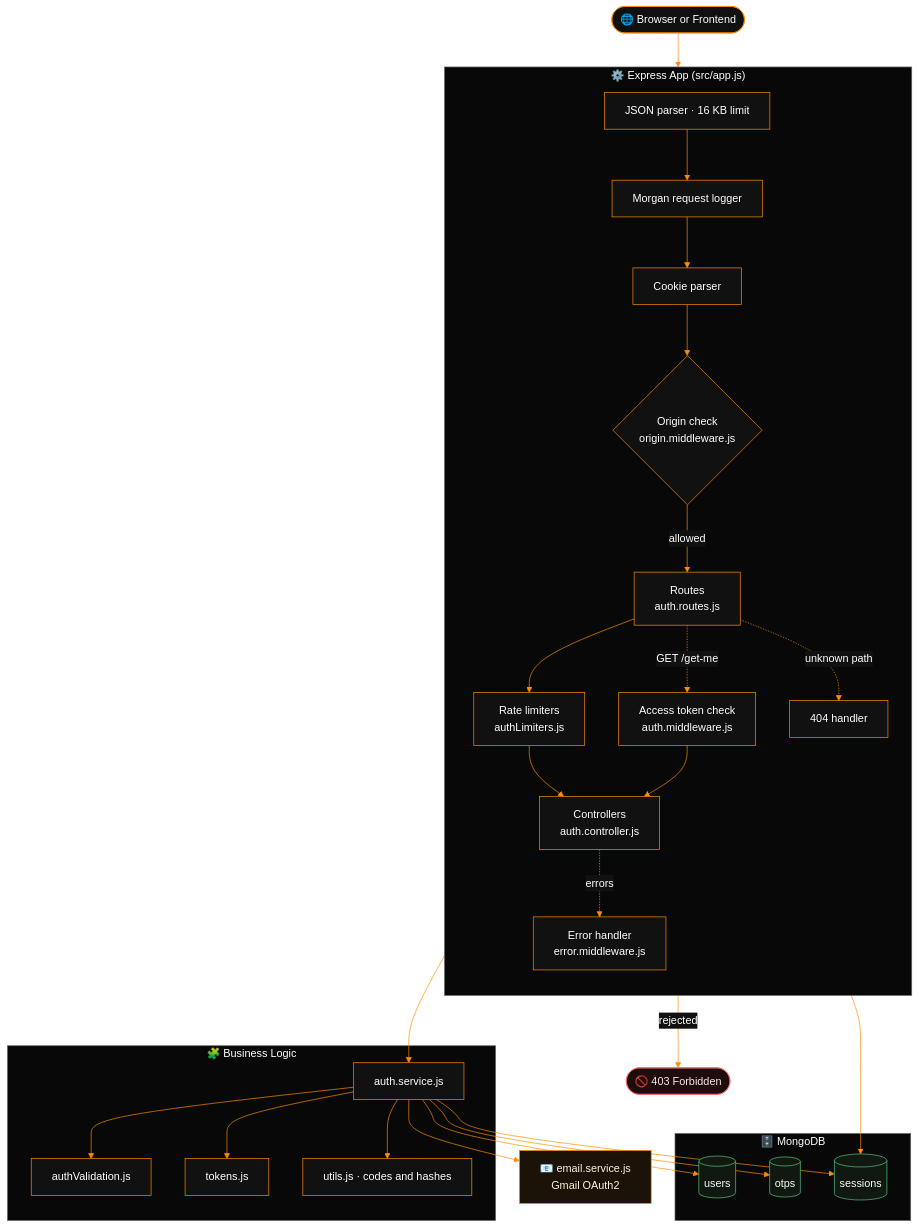
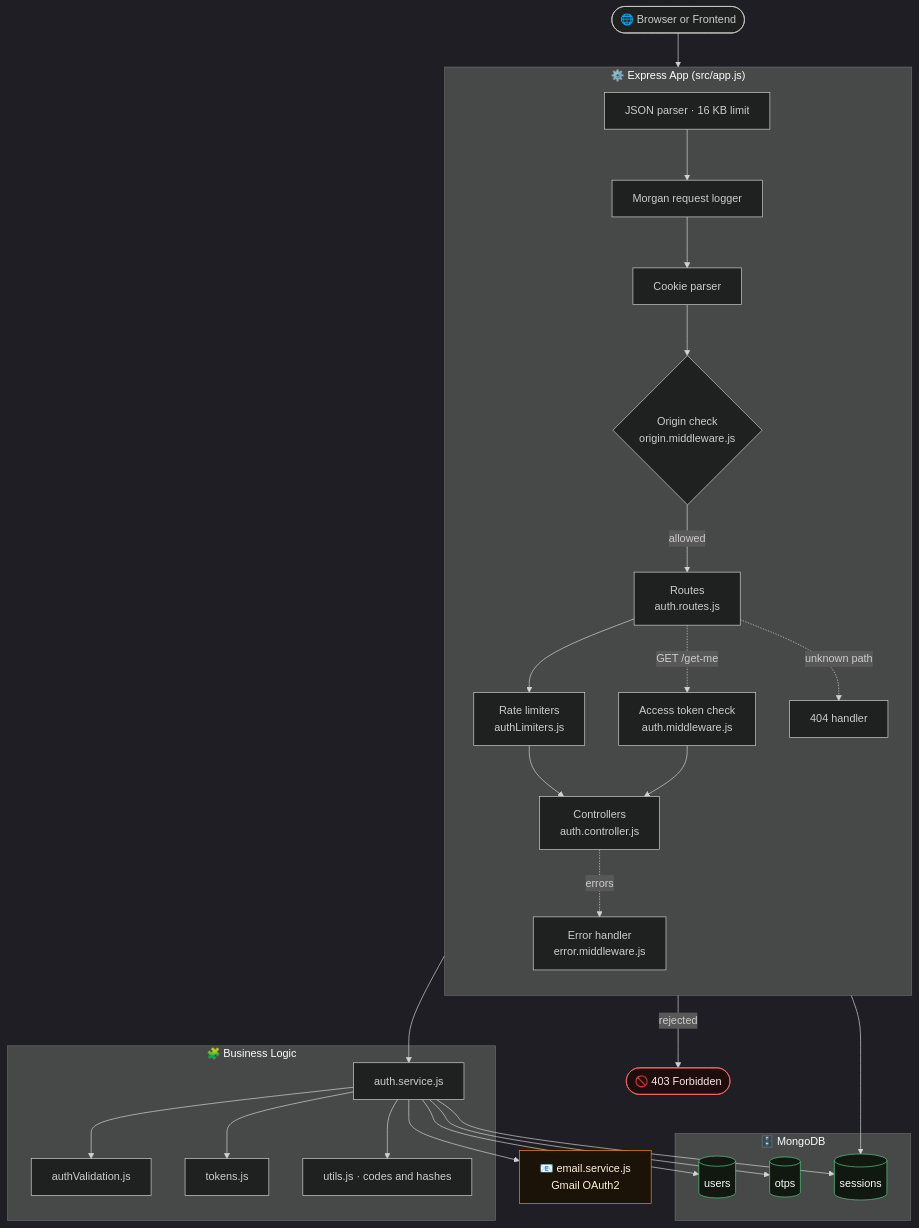
Before and after one commit to samroz-burhan/authentication-system-backend: the first of 13 diagrams in README.md, drawn with Mermaid. The commit also changed other lines of this file, not shown here.

````diff
--- a/README.md
+++ b/README.md
@@ -144,59 +144,59 @@
 ```mermaid
-%%{init: {'theme': 'base', 'themeVariables': {'background': '#000000', 'primaryColor': '#111111', 'primaryTextColor': '#ffffff', 'primaryBorderColor': '#ff8c00', 'lineColor': '#ff8c00', 'secondaryColor': '#181818', 'tertiaryColor': '#222222', 'textColor': '#f5f5f5', 'mainBkg': '#111111', 'nodeBorder': '#ff8c00', 'clusterBkg': '#080808', 'clusterBorder': '#666666', 'titleColor': '#ffffff', 'edgeLabelBackground': '#111111', 'actorBkg': '#111111', 'actorBorder': '#ff8c00', 'actorTextColor': '#ffffff', 'actorLineColor': '#ff8c00', 'signalColor': '#f5f5f5', 'signalTextColor': '#ffffff', 'labelBoxBkgColor': '#111111', 'labelBoxBorderColor': '#ff8c00', 'labelTextColor': '#ffffff', 'loopTextColor': '#ffffff', 'noteBkgColor': '#111111', 'noteBorderColor': '#ff8c00', 'noteTextColor': '#ffffff', 'activationBkgColor': '#222222', 'activationBorderColor': '#ff8c00', 'sequenceNumberColor': '#000000', 'stateBkg': '#111111', 'stateBorder': '#ff8c00', 'stateLabelColor': '#ffffff', 'transitionColor': '#ff8c00', 'fontFamily': 'Segoe UI, Helvetica, Arial'}}}%%
+%%{init: {"theme": "dark"}}%%
 flowchart TD
     Browser(["🌐 Browser or Frontend"])
 
     subgraph APP["⚙️ Express App  (src/app.js)"]
         direction TB
         J["JSON parser · 16 KB limit"]
         L["Morgan request logger"]
         CP["Cookie parser"]
         O{"Origin check<br/>origin.middleware.js"}
         R["Routes<br/>auth.routes.js"]
         RL["Rate limiters<br/>authLimiters.js"]
         AM["Access token check<br/>auth.middleware.js"]
         C["Controllers<br/>auth.controller.js"]
         E["Error handler<br/>error.middleware.js"]
         NF["404 handler"]
     end
 
     subgraph LOGIC["🧩 Business Logic"]
         S["auth.service.js"]
         V["authValidation.js"]
         T["tokens.js"]
         U["utils.js · codes and hashes"]
     end
 
     subgraph DATA["🗄️ MongoDB"]
         UM[("users")]
         OM[("otps")]
         SM[("sessions")]
     end
 
     MAIL["📧 email.service.js<br/>Gmail OAuth2"]
     X1(["🚫 403 Forbidden"])
 
     Browser --> J --> L --> CP --> O
     O -- allowed --> R
     O -- rejected --> X1
     R --> RL --> C
     R -. GET /get-me .-> AM --> C
     C --> S
     S --> V
     S --> T
     S --> U
     S --> UM
     S --> OM
     AM --> SM
     S --> SM
     S --> MAIL
     C -. errors .-> E
     R -. unknown path .-> NF
 
     classDef store fill:#101810,stroke:#57c785,color:#f5fff7
     classDef external fill:#1b1308,stroke:#ff8c00,color:#fff1dc
     classDef bad fill:#1d0d0d,stroke:#ff6b6b,color:#ffe5e5
     class UM,OM,SM store
     class MAIL external
     class X1 bad
 ```
````
